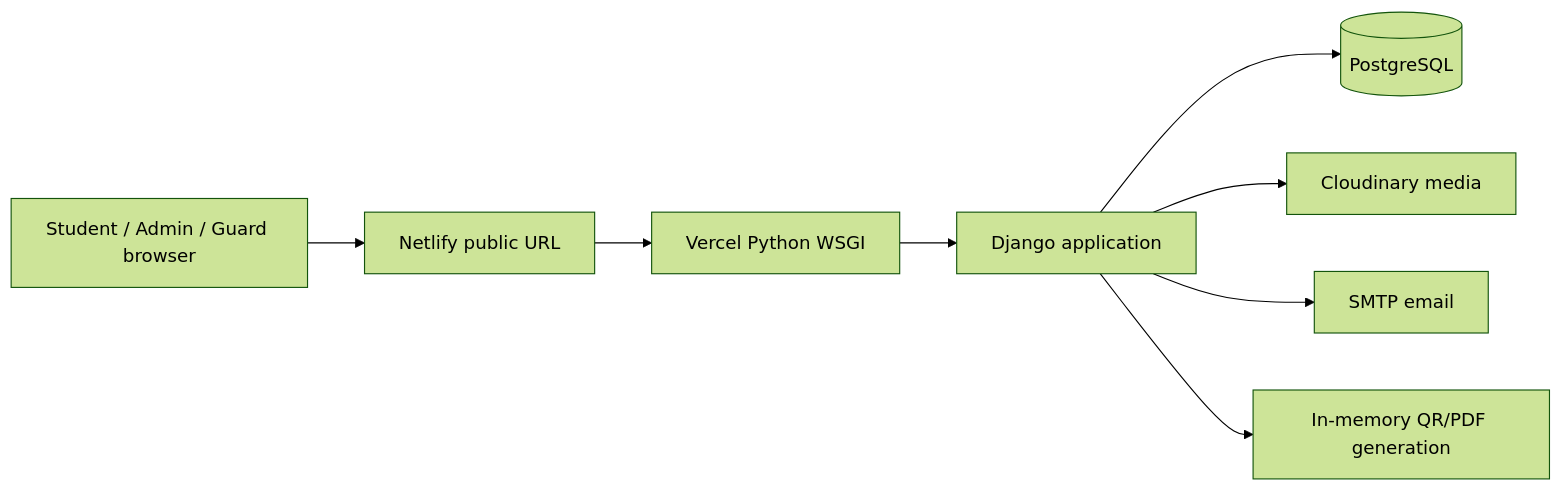
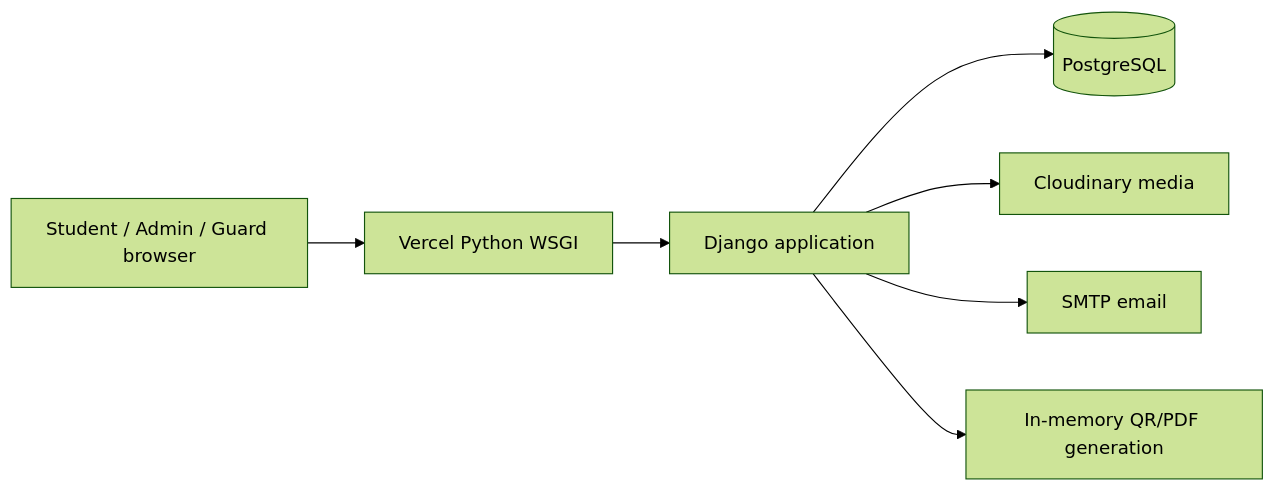
Before and after one commit to ABHIRAJ022/SOU-Entry-Accesshub: the first of 2 diagrams in README.md, drawn with Mermaid (forest theme).

````diff
--- a/README.md
+++ b/README.md
@@ -7,10 +7,9 @@
 ```mermaid
 flowchart LR
-  Browser[Student / Admin / Guard browser] --> Hosting[Netlify public URL]
-  Hosting --> Vercel[Vercel Python WSGI]
+  Browser[Student / Admin / Guard browser] --> Vercel[Vercel Python WSGI]
   Vercel --> Django[Django application]
   Django --> DB[(PostgreSQL)]
   Django --> Cloudinary[Cloudinary media]
   Django --> SMTP[SMTP email]
   Django --> QR[In-memory QR/PDF generation]
 ```
````
